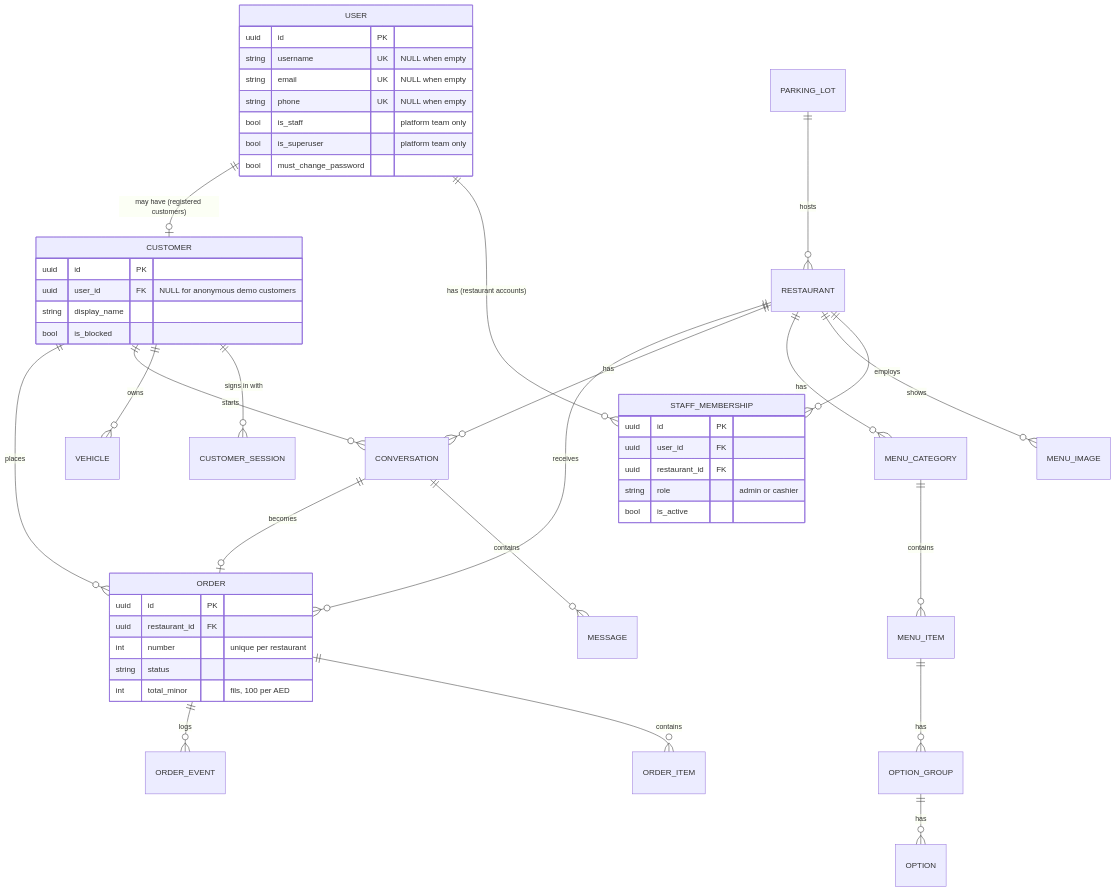
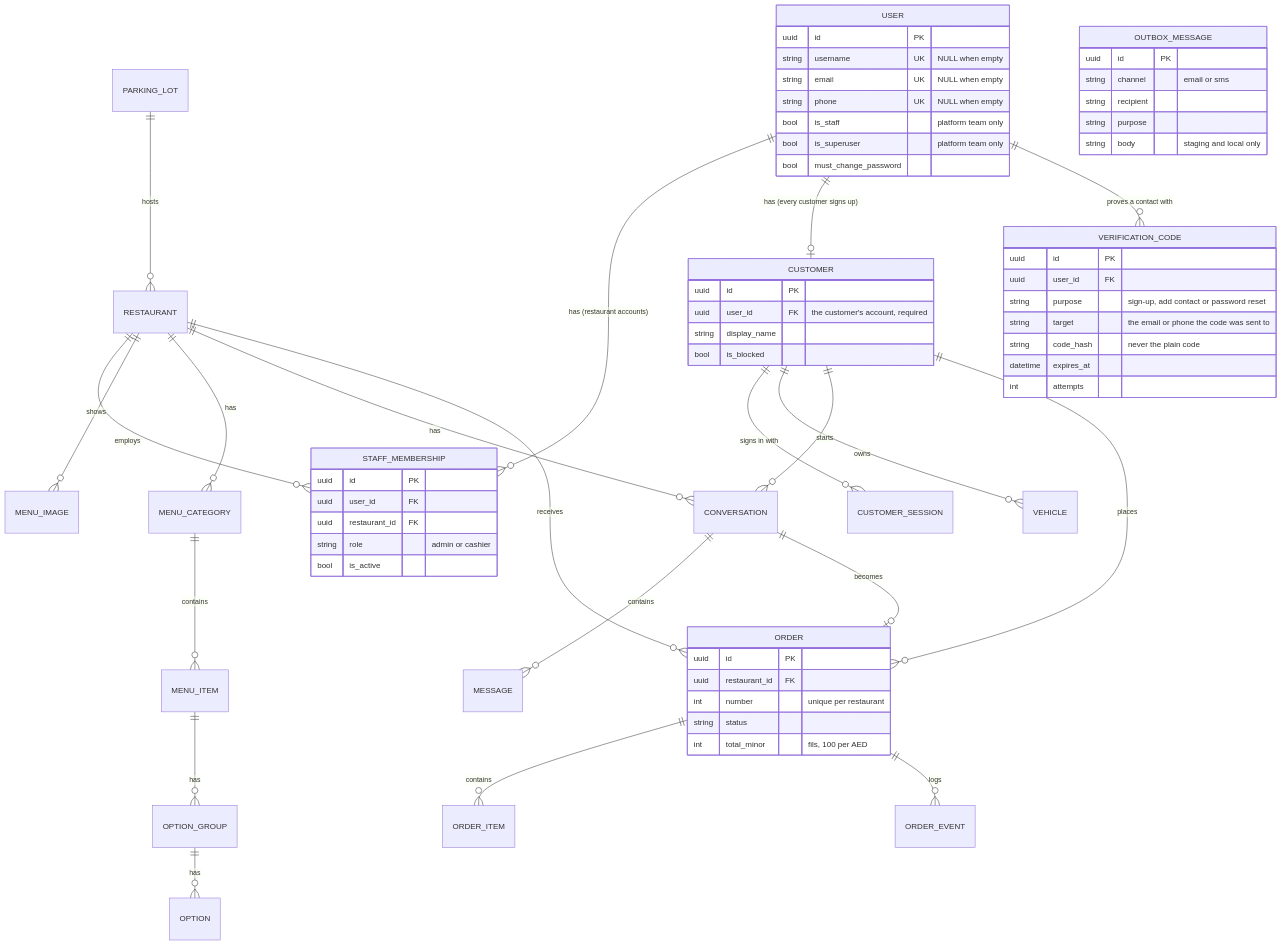
Before and after one commit to Aalihaidar/wasli-backend: the seventh of 7 diagrams in docs/project-overview.md, drawn with Mermaid. The commit also changed other lines of this file and 2 other files, not shown here.

Commit message:
docs: plan staging as the first version, customer sign-up and R2 media

````diff
--- a/docs/project-overview.md
+++ b/docs/project-overview.md
@@ -184,52 +184,69 @@
 ```mermaid
 erDiagram
     USER ||--o{ STAFF_MEMBERSHIP : "has (restaurant accounts)"
     RESTAURANT ||--o{ STAFF_MEMBERSHIP : employs
-    USER ||--o| CUSTOMER : "may have (registered customers)"
+    USER ||--o| CUSTOMER : "has (every customer signs up)"
+    USER ||--o{ VERIFICATION_CODE : "proves a contact with"
     CUSTOMER ||--o{ CUSTOMER_SESSION : "signs in with"
     CUSTOMER ||--o{ VEHICLE : owns
     PARKING_LOT ||--o{ RESTAURANT : hosts
     RESTAURANT ||--o{ MENU_IMAGE : shows
     RESTAURANT ||--o{ MENU_CATEGORY : has
     MENU_CATEGORY ||--o{ MENU_ITEM : contains
     MENU_ITEM ||--o{ OPTION_GROUP : has
     OPTION_GROUP ||--o{ OPTION : has
     RESTAURANT ||--o{ CONVERSATION : has
     CUSTOMER ||--o{ CONVERSATION : starts
     CONVERSATION ||--o{ MESSAGE : contains
     CONVERSATION ||--o| ORDER : becomes
     RESTAURANT ||--o{ ORDER : receives
     CUSTOMER ||--o{ ORDER : places
     ORDER ||--o{ ORDER_ITEM : contains
     ORDER ||--o{ ORDER_EVENT : logs
 
     USER {
         uuid id PK
         string username UK "NULL when empty"
         string email UK "NULL when empty"
         string phone UK "NULL when empty"
         bool is_staff "platform team only"
         bool is_superuser "platform team only"
         bool must_change_password
     }
     STAFF_MEMBERSHIP {
         uuid id PK
         uuid user_id FK
         uuid restaurant_id FK
         string role "admin or cashier"
         bool is_active
     }
+    VERIFICATION_CODE {
+        uuid id PK
+        uuid user_id FK
+        string purpose "sign-up, add contact or password reset"
+        string target "the email or phone the code was sent to"
+        string code_hash "never the plain code"
+        datetime expires_at
+        int attempts
+    }
+    OUTBOX_MESSAGE {
+        uuid id PK
+        string channel "email or sms"
+        string recipient
+        string purpose
+        string body "staging and local only"
+    }
     CUSTOMER {
         uuid id PK
-        uuid user_id FK "NULL for anonymous demo customers"
+        uuid user_id FK "the customer's account, required"
         string display_name
         bool is_blocked
     }
     ORDER {
         uuid id PK
         uuid restaurant_id FK
         int number "unique per restaurant"
         string status
         int total_minor "fils, 100 per AED"
     }
 ```
````
